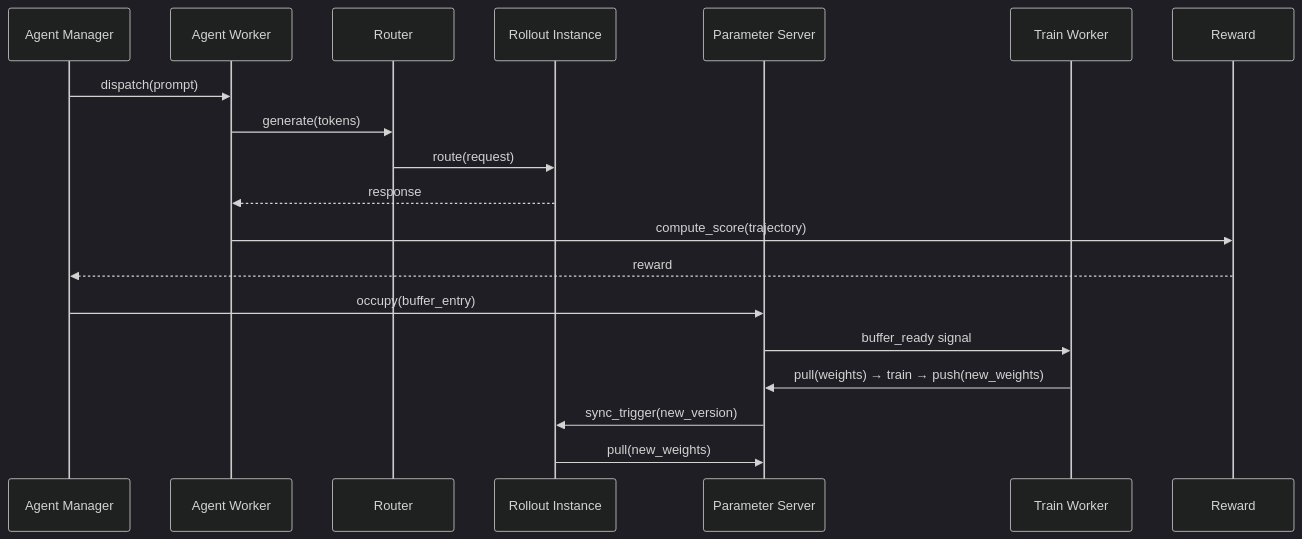
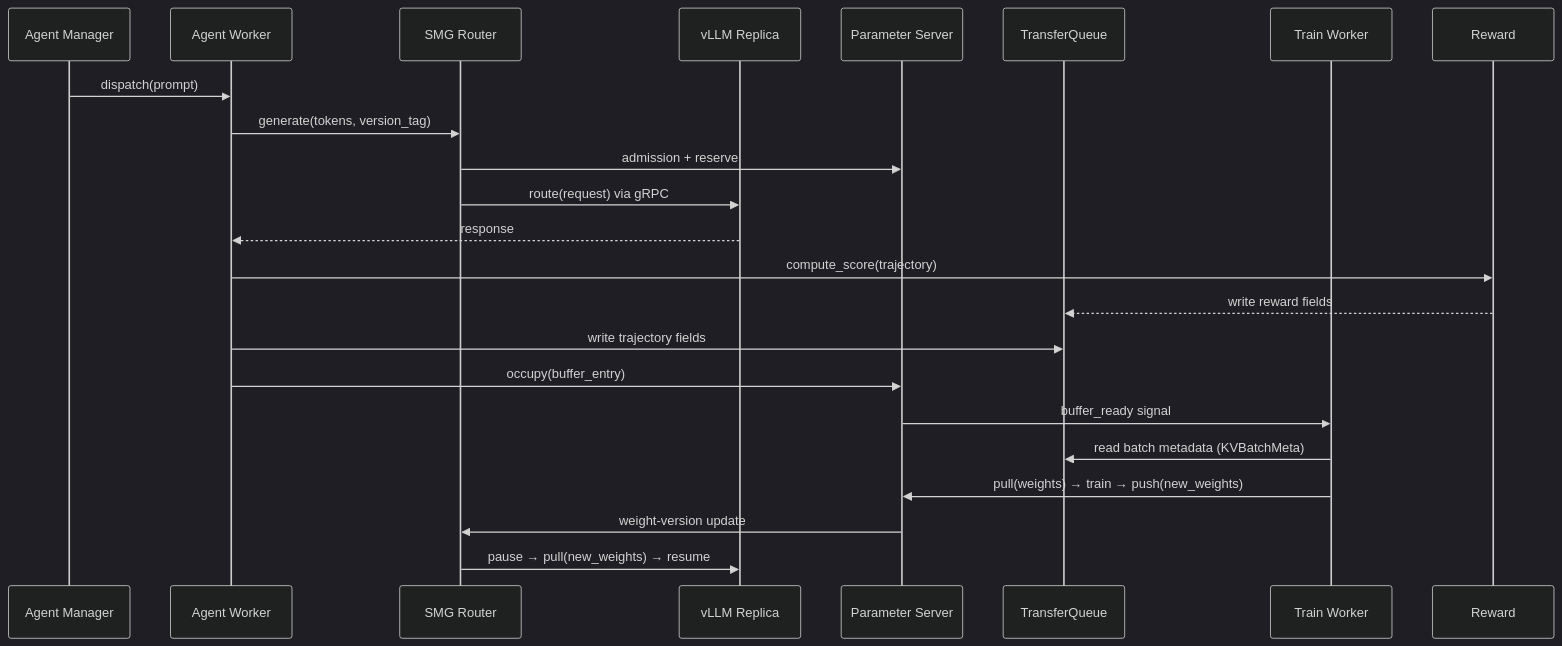
The diagram in docs/design/architecture.md (Somoku/psrl), drawn with Mermaid (dark theme) before and after one commit. The commit also changed other lines of this file and 32 other files, not shown here.

````diff
--- a/docs/design/architecture.md
+++ b/docs/design/architecture.md
@@ -66,22 +74,26 @@
 ```{mermaid}
 sequenceDiagram
     participant AM as Agent Manager
     participant AW as Agent Worker
-    participant Router
-    participant RI as Rollout Instance
+    participant SMG as SMG Router
+    participant RI as vLLM Replica
     participant PS as Parameter Server
+    participant TQ as TransferQueue
     participant TW as Train Worker
     participant Reward
 
     AM->>AW: dispatch(prompt)
-    AW->>Router: generate(tokens)
-    Router->>RI: route(request)
+    AW->>SMG: generate(tokens, version_tag)
+    SMG->>PS: admission + reserve
+    SMG->>RI: route(request) via gRPC
     RI-->>AW: response
     AW->>Reward: compute_score(trajectory)
-    Reward-->>AM: reward
-    AM->>PS: occupy(buffer_entry)
+    Reward-->>TQ: write reward fields
+    AW->>TQ: write trajectory fields
+    AW->>PS: occupy(buffer_entry)
     PS->>TW: buffer_ready signal
+    TW->>TQ: read batch metadata (KVBatchMeta)
     TW->>PS: pull(weights) → train → push(new_weights)
-    PS->>RI: sync_trigger(new_version)
-    RI->>PS: pull(new_weights)
+    PS->>SMG: weight-version update
+    SMG->>RI: pause → pull(new_weights) → resume
 ```
````
